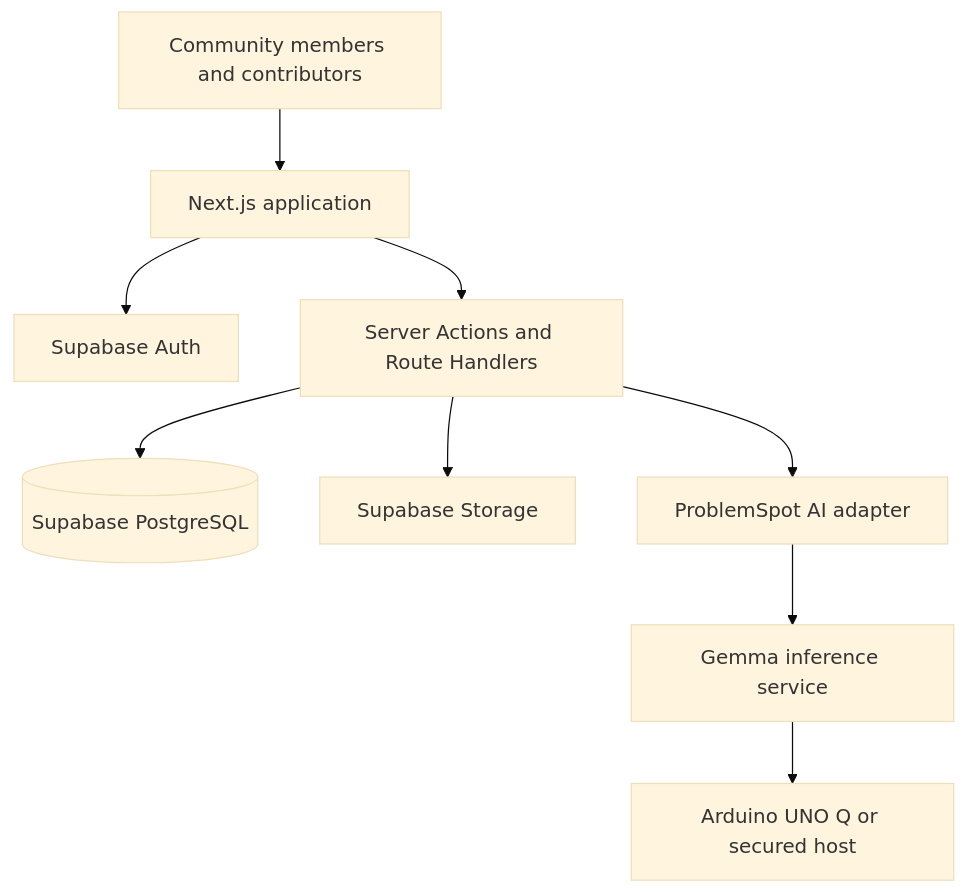
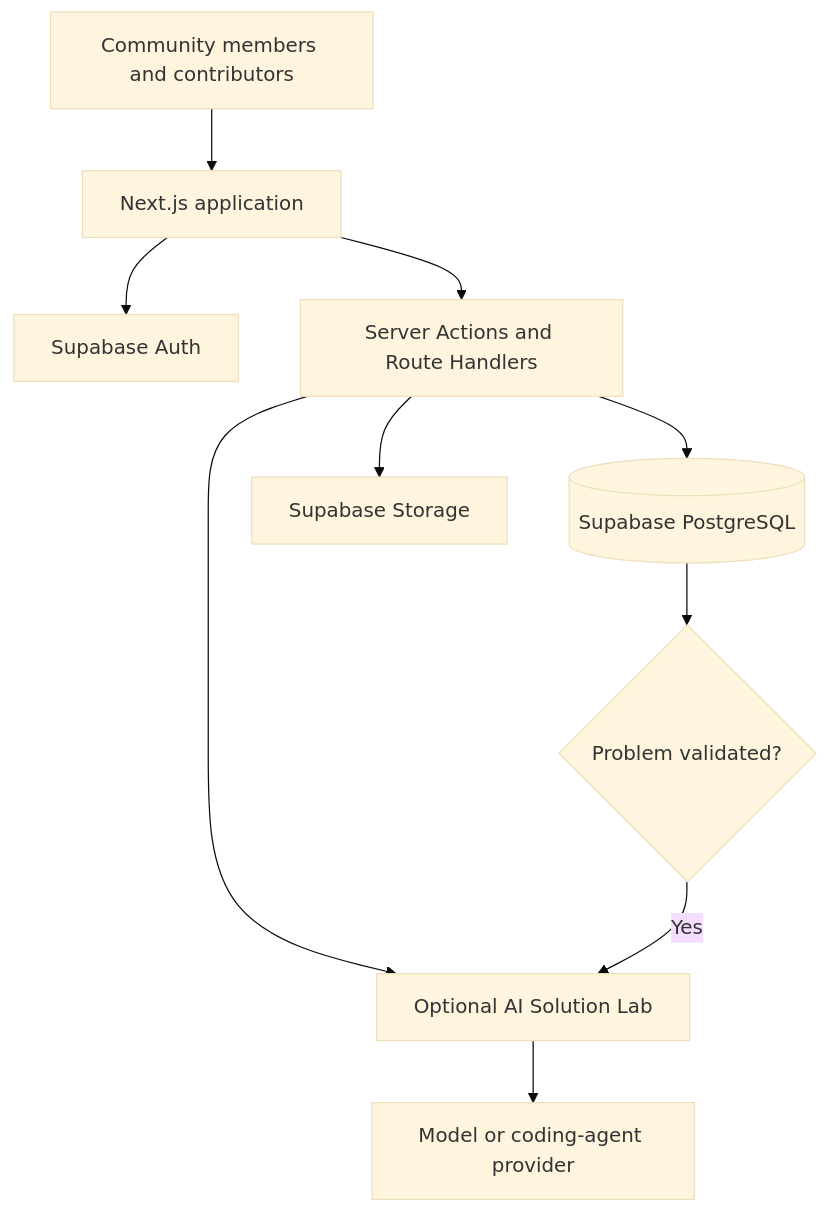
Before and after one commit to geekinks/problemspot: the diagram in README.md, drawn with Mermaid (base theme). The commit also changed other lines of this file and 8 other files, not shown here.

````diff
--- a/README.md
+++ b/README.md
@@ -172,11 +190,12 @@
 ``` mermaid
 flowchart TD
     U[Community members and contributors] --> WEB[Next.js application]
     WEB --> AUTH[Supabase Auth]
     WEB --> API[Server Actions and Route Handlers]
     API --> DB[(Supabase PostgreSQL)]
     API --> STORE[Supabase Storage]
-    API --> AI[ProblemSpot AI adapter]
-    AI --> MODEL[Gemma inference service]
-    MODEL --> UNO[Arduino UNO Q or secured host]
+    API --> LAB[Optional AI Solution Lab]
+    LAB --> AGENT[Model or coding-agent provider]
+    DB --> GATE{Problem validated?}
+    GATE -->|Yes| LAB
 ```
````
